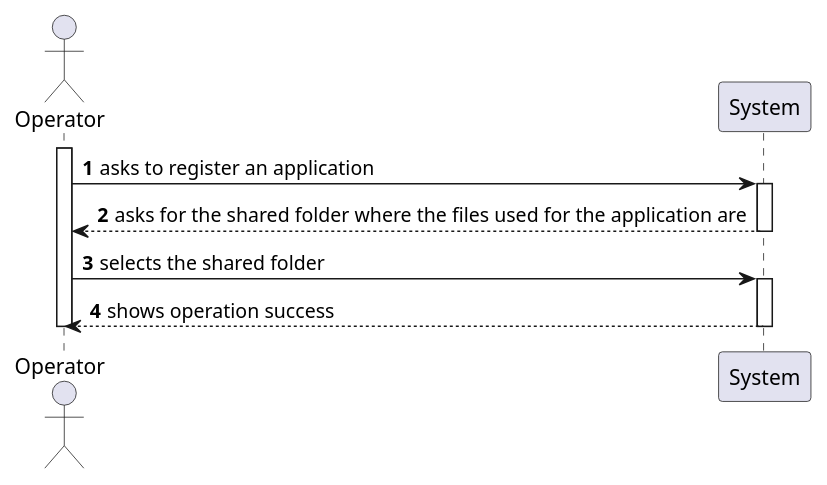
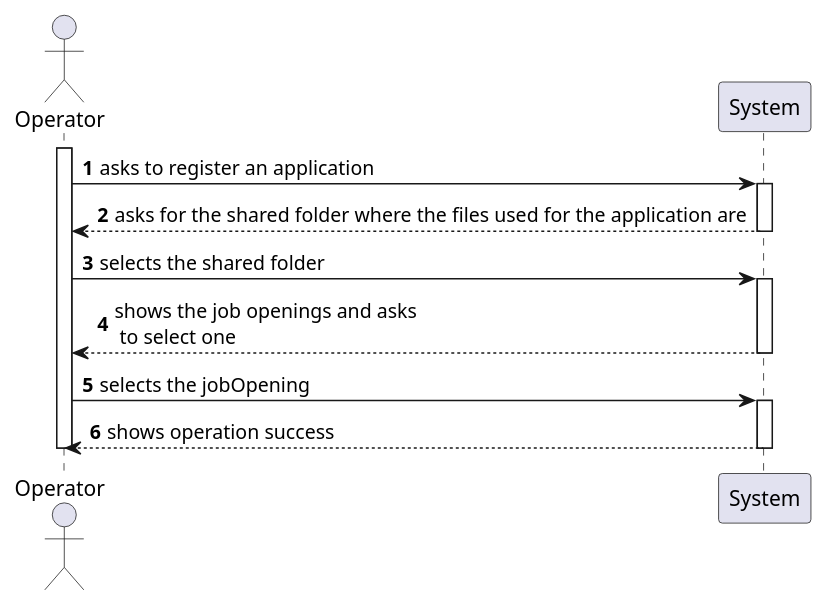
One commit to rita-barbosa/LAPR4-2324 changed the diagram in docs/sb_us_2002/us_2002_SSD.puml. Above: the diagram before and after it, drawn with PlantUML. The commit also changed 6 other files, not shown here.

```diff
--- a/docs/sb_us_2002/us_2002_SSD.puml
+++ b/docs/sb_us_2002/us_2002_SSD.puml
@@ -1,63 +1,30 @@
 @startuml US2002_SSD
 autonumber
 
 actor "Operator" as USER
 participant "System" as SYS
 
 activate USER
 
 USER -> SYS : asks to register an application
 activate SYS
 
 SYS --> USER : asks for the shared folder where the files used for the application are
 deactivate SYS
 
 USER -> SYS : selects the shared folder
 activate SYS
 
+SYS --> USER : shows the job openings and asks\n to select one
+deactivate SYS
+
+USER -> SYS : selects the jobOpening
+activate SYS
+
 SYS --> USER : shows operation success
 deactivate SYS
 
 
-'SYS --> USER : imports the information of the given files
-'deactivate SYS
-
-'USER -> SYS : selects the candidate's email
-'activate SYS
-
-'SYS --> USER : asks the candidate's email
-'deactivate SYS
-'
-'USER -> SYS : selects the candidate's email
-'activate SYS
-
-'alt if the candidate doesn't exist
-'
-'SYS --> USER : import the candidate information from the files and register the candidate
-''activate SYS
-'deactivate SYS
-'
-'end alt
-
-'SYS --> USER : asks for the job opening
-'deactivate SYS
-'
-'USER -> SYS : selects the job opening
-'activate SYS
-
-
-'SYS --> USER : imports the information of the given files and register the application
-'activate SYS
-'
-'deactivate SYS
-
-'USER -> SYS : selects the job opening
-'activate SYS
-'
-'
-'SYS --> USER : register the application
-'deactivate SYS
-
 deactivate USER
 
 @enduml
```
